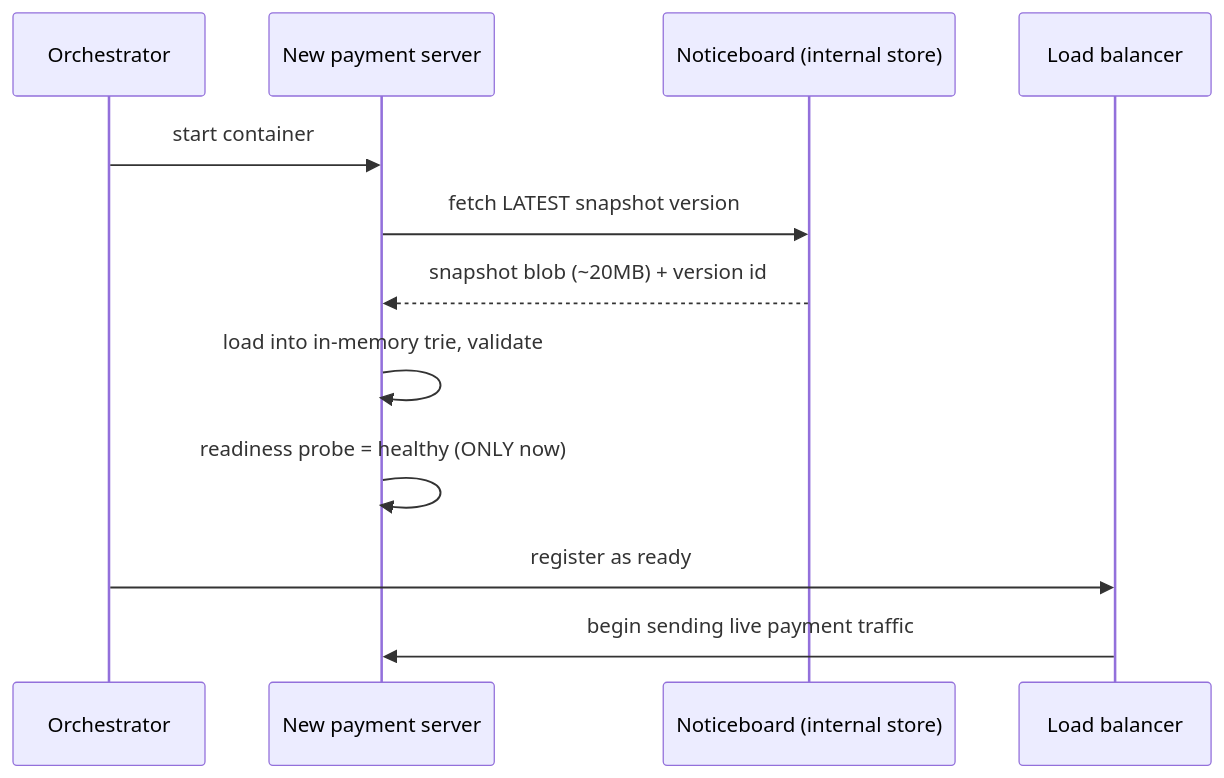
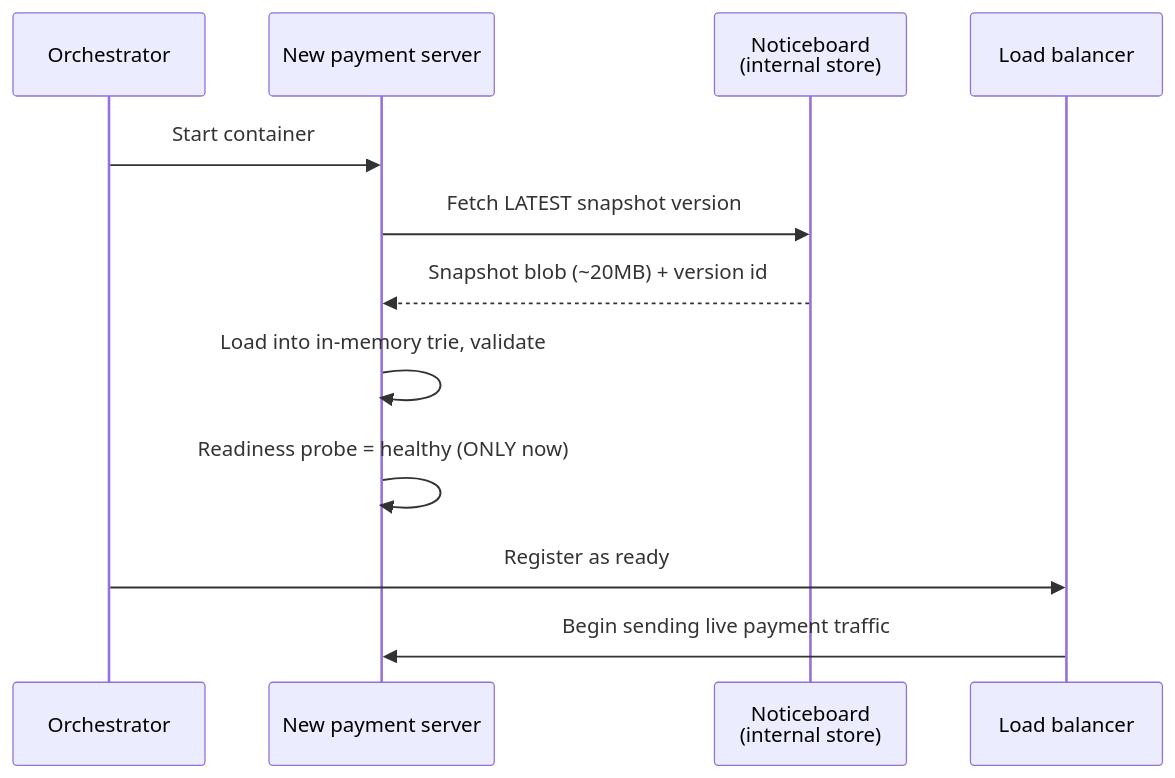
One commit to riyaz-pasha/Learnings changed the eighth of 14 diagrams in system-design/HLD/0-course/46-Design-an-IP-Allowlist-Blocklist-Service-FAANG-Guide-story.md. Above: the diagram before and after it, drawn with Mermaid. The commit also changed other lines of this file and 1 other file, not shown here.

Commit message:
[REWRITE] IP Allowlist Blocklist Service story guide: simplify prose, add structure, fix diagrams

````diff
--- a/system-design/HLD/0-course/46-Design-an-IP-Allowlist-Blocklist-Service-FAANG-Guide-story.md
+++ b/system-design/HLD/0-course/46-Design-an-IP-Allowlist-Blocklist-Service-FAANG-Guide-story.md
@@ -209,15 +446,15 @@
 ```mermaid
 sequenceDiagram
     participant Orchestrator
     participant Server as New payment server
-    participant Board as Noticeboard (internal store)
+    participant Board as Noticeboard<br/>(internal store)
     participant LB as Load balancer
 
-    Orchestrator->>Server: start container
-    Server->>Board: fetch LATEST snapshot version
-    Board-->>Server: snapshot blob (~20MB) + version id
-    Server->>Server: load into in-memory trie, validate
-    Server->>Server: readiness probe = healthy (ONLY now)
-    Orchestrator->>LB: register as ready
-    LB->>Server: begin sending live payment traffic
+    Orchestrator->>Server: Start container
+    Server->>Board: Fetch LATEST snapshot version
+    Board-->>Server: Snapshot blob (~20MB) + version id
+    Server->>Server: Load into in-memory trie, validate
+    Server->>Server: Readiness probe = healthy (ONLY now)
+    Orchestrator->>LB: Register as ready
+    LB->>Server: Begin sending live payment traffic
 ```
````
